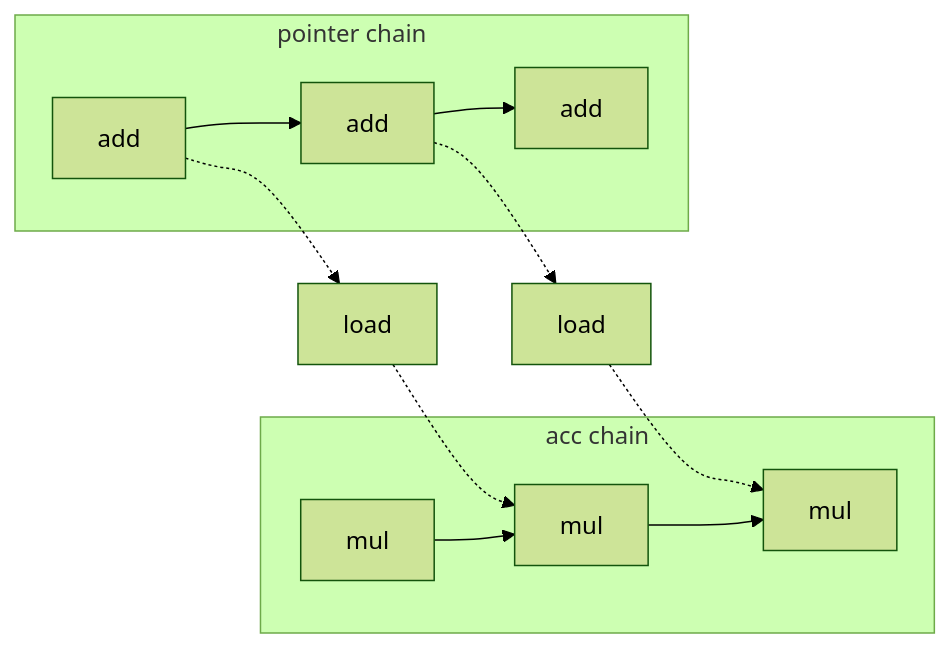
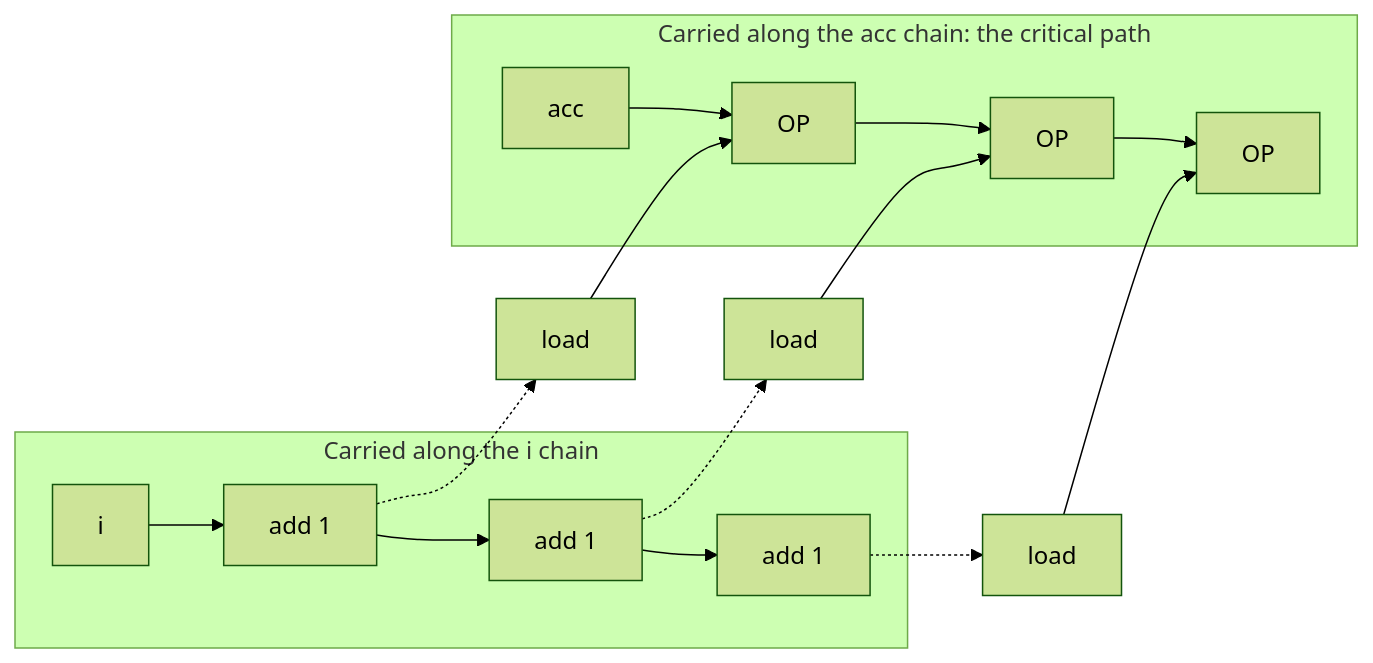
One commit to alvinnew100/grand-line-study-guide changed the second of 3 diagrams in src/csapp/lessons/15-opt-ilp.md. Above: the diagram before and after it, drawn with Mermaid (forest theme). The commit also changed other lines of this file and 47 other files, not shown here.

````diff
--- a/src/csapp/lessons/15-opt-ilp.md
+++ b/src/csapp/lessons/15-opt-ilp.md
@@ -61,11 +105,15 @@
 ```mermaid
-graph LR
-  subgraph acc chain
-    M1[mul] --> M2[mul] --> M3[mul]
-  end
-  subgraph pointer chain
-    A1[add] --> A2[add] --> A3[add]
-  end
-  A1 -.-> L2[load] -.-> M2
-  A2 -.-> L3[load] -.-> M3
+flowchart LR
+    subgraph Carried along the i chain
+      i0[i] --> inc1[add 1] --> inc2[add 1] --> inc3[add 1]
+    end
+    inc1 -.-> ld1[load]
+    inc2 -.-> ld2[load]
+    inc3 -.-> ld3[load]
+    subgraph Carried along the acc chain: the critical path
+      a0[acc] --> m1[OP] --> m2[OP] --> m3[OP]
+    end
+    ld1 --> m1
+    ld2 --> m2
+    ld3 --> m3
 ```
````
